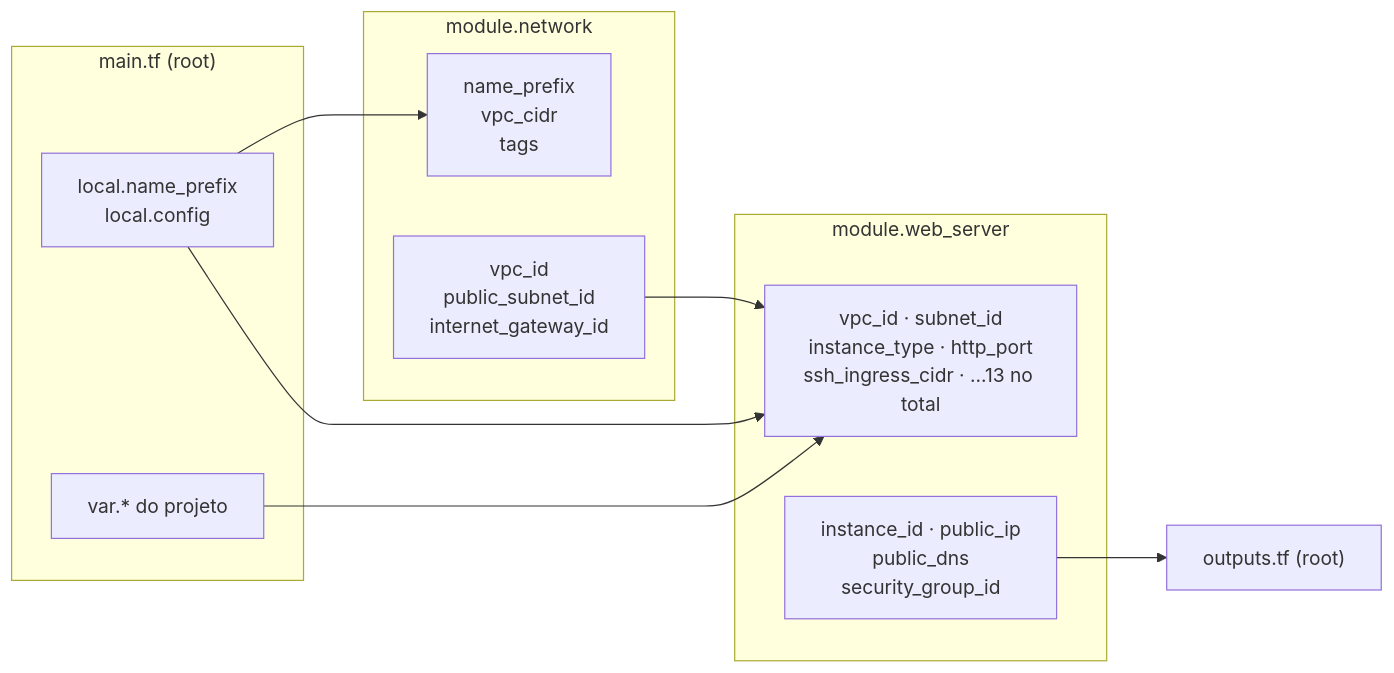
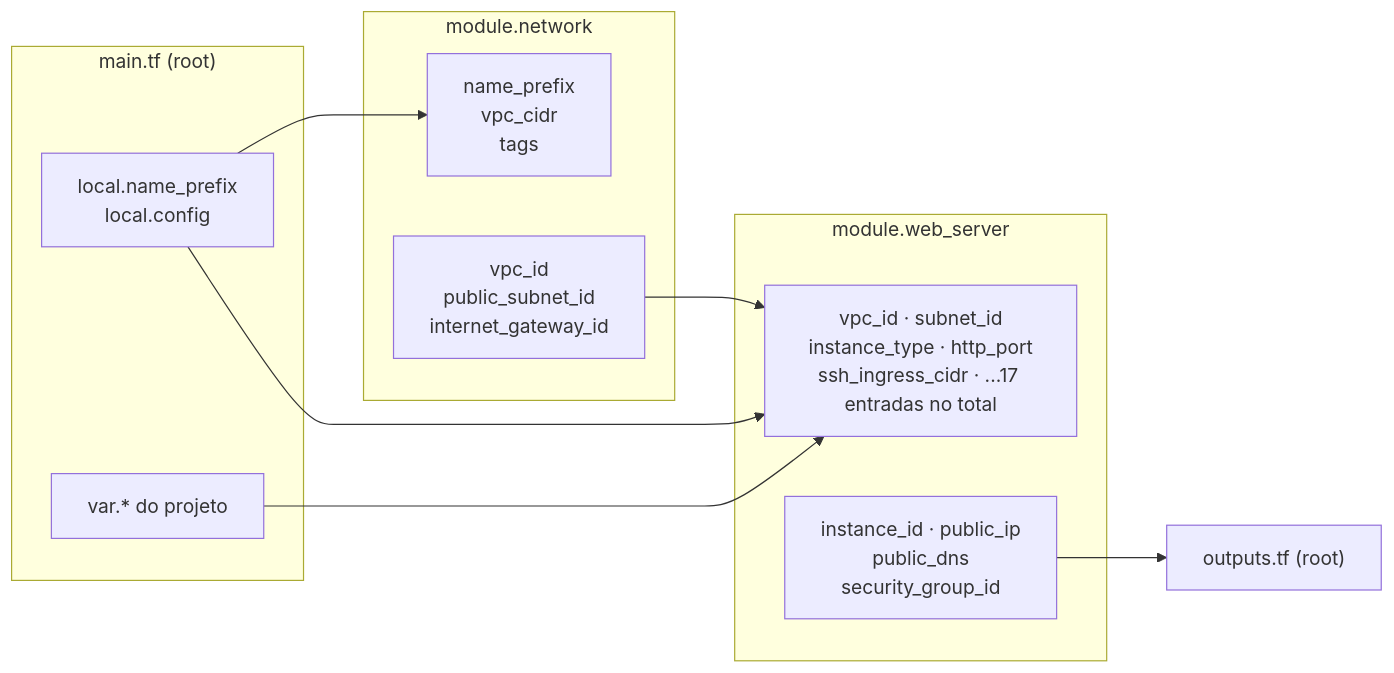
One commit to weynne/cesar-school-pos-devops-iac changed the fourth of 7 diagrams in README.md. Above: the diagram before and after it, drawn with Mermaid. The commit also changed other lines of this file, not shown here.

````diff
--- a/README.md
+++ b/README.md
@@ -583,25 +630,25 @@
 ```mermaid
 flowchart LR
     subgraph R["main.tf (root)"]
         LP["local.name_prefix<br/>local.config"]
         VR["var.* do projeto"]
     end
 
     subgraph N["module.network"]
         NI["name_prefix<br/>vpc_cidr<br/>tags"]
         NO["vpc_id<br/>public_subnet_id<br/>internet_gateway_id"]
     end
 
     subgraph W["module.web_server"]
-        WI["vpc_id · subnet_id<br/>instance_type · http_port<br/>ssh_ingress_cidr · ...13 no total"]
+        WI["vpc_id · subnet_id<br/>instance_type · http_port<br/>ssh_ingress_cidr · ...17 entradas no total"]
         WO["instance_id · public_ip<br/>public_dns<br/>security_group_id"]
     end
 
     OUT["outputs.tf (root)"]
 
     LP --> NI
     LP --> WI
     VR --> WI
     NO --> WI
     WO --> OUT
 ```
````
